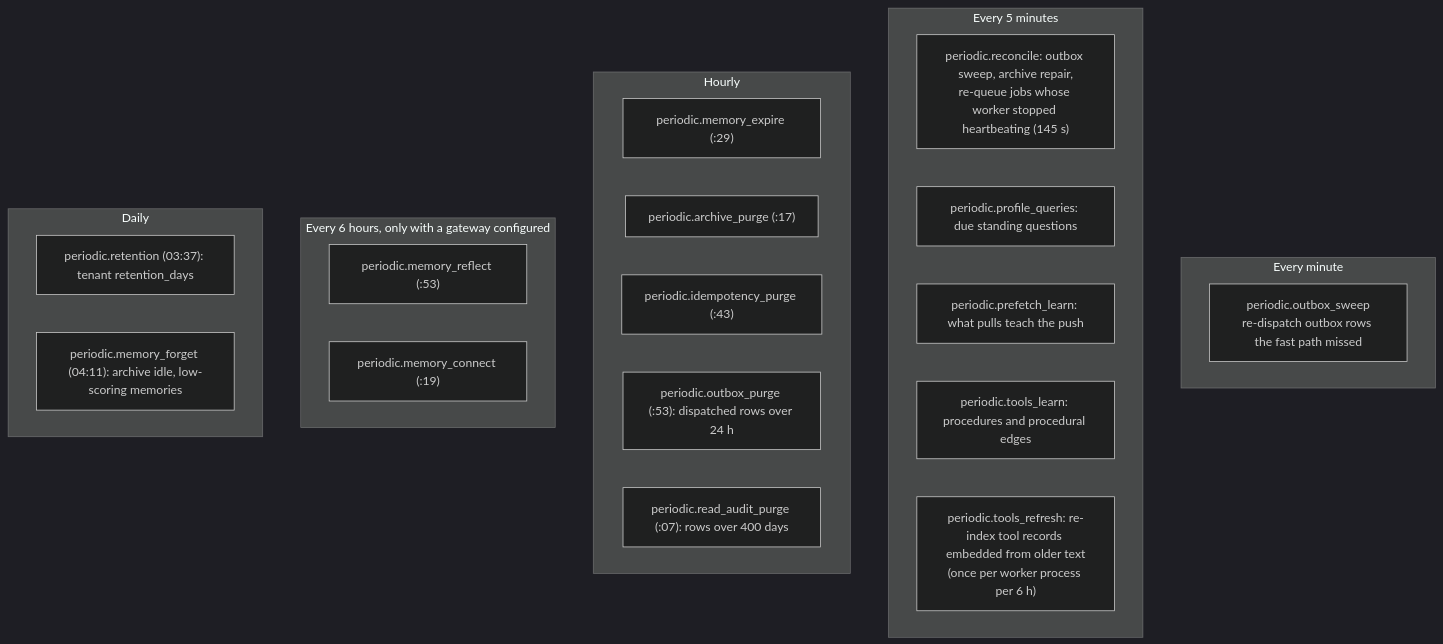
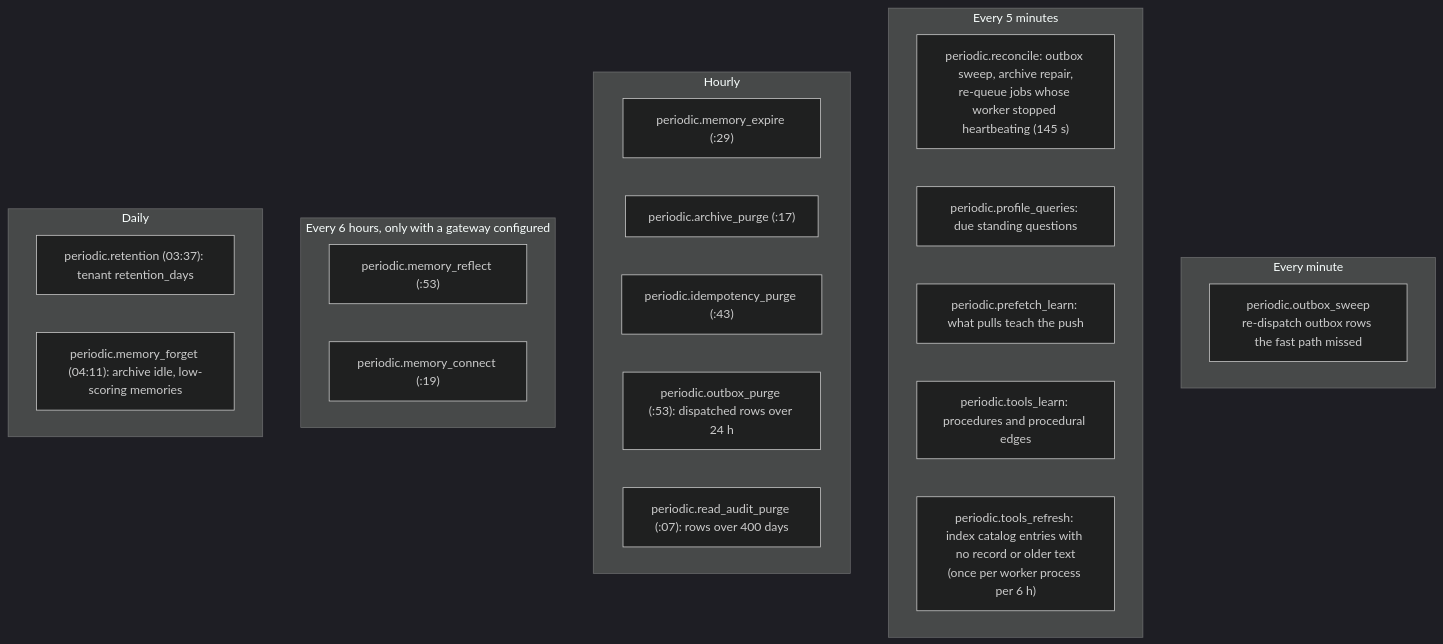
One commit to amitmohapatra/agent-memory-service changed the second of 2 diagrams in docs/guide/11-operations.md. Above: the diagram before and after it, drawn with Mermaid (dark theme). The commit also changed 10 other files, not shown here.

First line of the commit message:
Tool search: prune keeps it, reindex rebuilds it, recorded tools are indexed

````diff
--- a/docs/guide/11-operations.md
+++ b/docs/guide/11-operations.md
@@ -206,28 +206,28 @@
 ```mermaid
 flowchart TB
   subgraph minute[Every minute]
     OS["periodic.outbox_sweep<br/>re-dispatch outbox rows the fast path missed"]
   end
   subgraph five[Every 5 minutes]
     RC["periodic.reconcile: outbox sweep, archive repair,<br/>re-queue jobs whose worker stopped heartbeating (145 s)"]
     PQ["periodic.profile_queries: due standing questions"]
     PL["periodic.prefetch_learn: what pulls teach the push"]
     TL["periodic.tools_learn: procedures and procedural edges"]
-    TR["periodic.tools_refresh: re-index tool records embedded from older text<br/>(once per worker process per 6 h)"]
+    TR["periodic.tools_refresh: index catalog entries with no record or older text<br/>(once per worker process per 6 h)"]
   end
   subgraph hourly[Hourly]
     EX["periodic.memory_expire (:29)"]
     AP["periodic.archive_purge (:17)"]
     IP["periodic.idempotency_purge (:43)"]
     OP["periodic.outbox_purge (:53): dispatched rows over 24 h"]
     RA["periodic.read_audit_purge (:07): rows over 400 days"]
   end
   subgraph six[Every 6 hours, only with a gateway configured]
     RF["periodic.memory_reflect (:53)"]
     CN["periodic.memory_connect (:19)"]
   end
   subgraph daily[Daily]
     RT["periodic.retention (03:37): tenant retention_days"]
     FG["periodic.memory_forget (04:11): archive idle, low-scoring memories"]
   end
 ```
````
